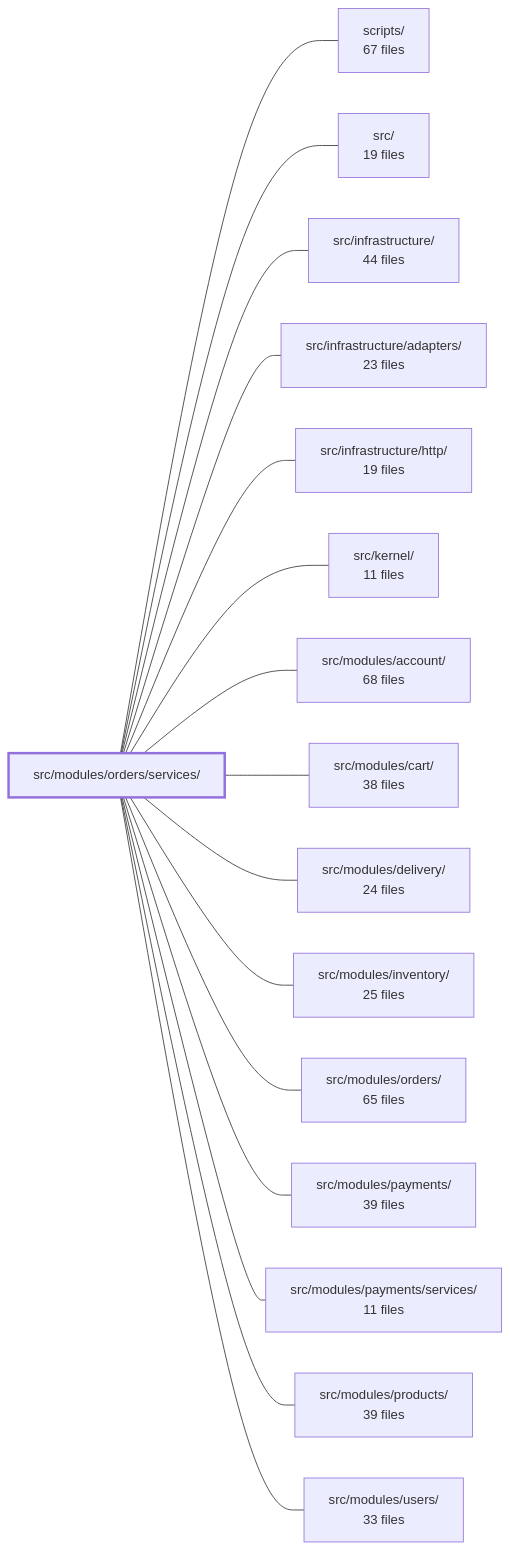
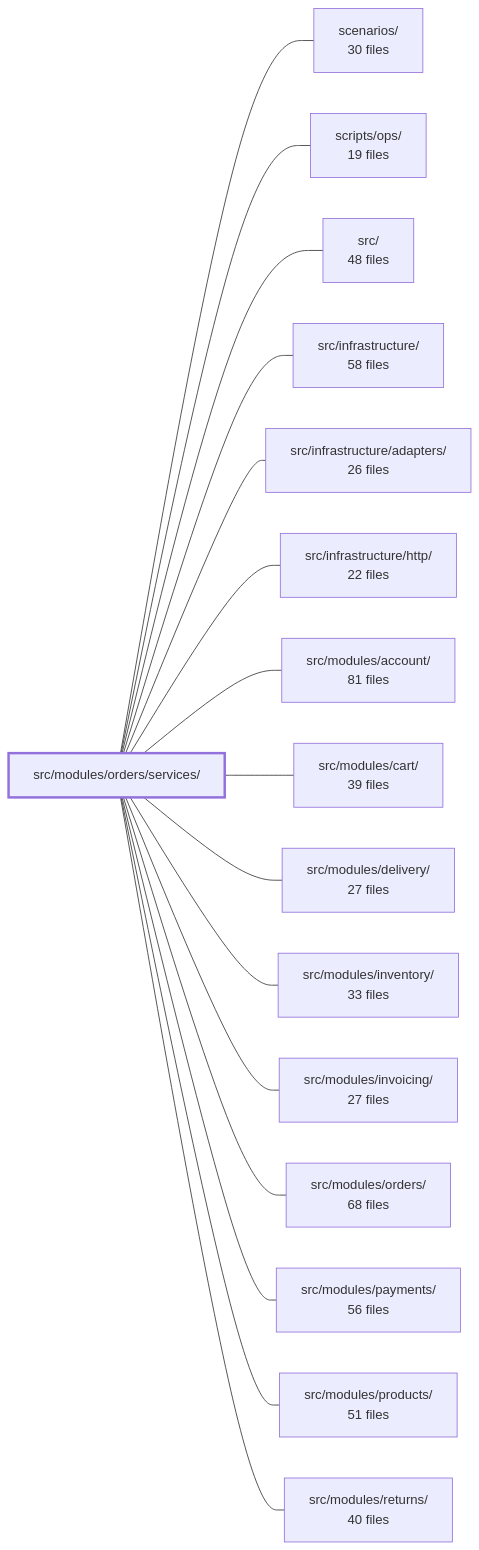
Before and after one commit to Guebbit/boilerplate-node-backend: the diagram in .2brain/modules/boilerplate-node-backend_src_modules_orders_services.md, drawn with Mermaid. The commit also changed other lines of this file and 187 other files, not shown here.

````diff
--- a/.2brain/modules/boilerplate-node-backend_src_modules_orders_services.md
+++ b/.2brain/modules/boilerplate-node-backend_src_modules_orders_services.md
@@ -42,35 +43,35 @@
 ```mermaid
 flowchart LR
     m_src_modules_orders_services["src/modules/orders/services/"]
-    m_scripts["scripts/<br/>67 files"]
-    m_src["src/<br/>19 files"]
-    m_src_infrastructure["src/infrastructure/<br/>44 files"]
-    m_src_infrastructure_adapters["src/infrastructure/adapters/<br/>23 files"]
-    m_src_infrastructure_http["src/infrastructure/http/<br/>19 files"]
-    m_src_kernel["src/kernel/<br/>11 files"]
-    m_src_modules_account["src/modules/account/<br/>68 files"]
-    m_src_modules_cart["src/modules/cart/<br/>38 files"]
-    m_src_modules_delivery["src/modules/delivery/<br/>24 files"]
-    m_src_modules_inventory["src/modules/inventory/<br/>25 files"]
-    m_src_modules_orders["src/modules/orders/<br/>65 files"]
-    m_src_modules_payments["src/modules/payments/<br/>39 files"]
-    m_src_modules_payments_services["src/modules/payments/services/<br/>11 files"]
-    m_src_modules_products["src/modules/products/<br/>39 files"]
-    m_src_modules_users["src/modules/users/<br/>33 files"]
-    m_src_modules_orders_services --- m_scripts
+    m_scenarios["scenarios/<br/>30 files"]
+    m_scripts_ops["scripts/ops/<br/>19 files"]
+    m_src["src/<br/>48 files"]
+    m_src_infrastructure["src/infrastructure/<br/>58 files"]
+    m_src_infrastructure_adapters["src/infrastructure/adapters/<br/>26 files"]
+    m_src_infrastructure_http["src/infrastructure/http/<br/>22 files"]
+    m_src_modules_account["src/modules/account/<br/>81 files"]
+    m_src_modules_cart["src/modules/cart/<br/>39 files"]
+    m_src_modules_delivery["src/modules/delivery/<br/>27 files"]
+    m_src_modules_inventory["src/modules/inventory/<br/>33 files"]
+    m_src_modules_invoicing["src/modules/invoicing/<br/>27 files"]
+    m_src_modules_orders["src/modules/orders/<br/>68 files"]
+    m_src_modules_payments["src/modules/payments/<br/>56 files"]
+    m_src_modules_products["src/modules/products/<br/>51 files"]
+    m_src_modules_returns["src/modules/returns/<br/>40 files"]
+    m_src_modules_orders_services --- m_scenarios
+    m_src_modules_orders_services --- m_scripts_ops
     m_src_modules_orders_services --- m_src
     m_src_modules_orders_services --- m_src_infrastructure
     m_src_modules_orders_services --- m_src_infrastructure_adapters
     m_src_modules_orders_services --- m_src_infrastructure_http
-    m_src_modules_orders_services --- m_src_kernel
     m_src_modules_orders_services --- m_src_modules_account
     m_src_modules_orders_services --- m_src_modules_cart
     m_src_modules_orders_services --- m_src_modules_delivery
     m_src_modules_orders_services --- m_src_modules_inventory
+    m_src_modules_orders_services --- m_src_modules_invoicing
     m_src_modules_orders_services --- m_src_modules_orders
     m_src_modules_orders_services --- m_src_modules_payments
-    m_src_modules_orders_services --- m_src_modules_payments_services
     m_src_modules_orders_services --- m_src_modules_products
-    m_src_modules_orders_services --- m_src_modules_users
+    m_src_modules_orders_services --- m_src_modules_returns
     style m_src_modules_orders_services stroke-width:3px
 ```
````
